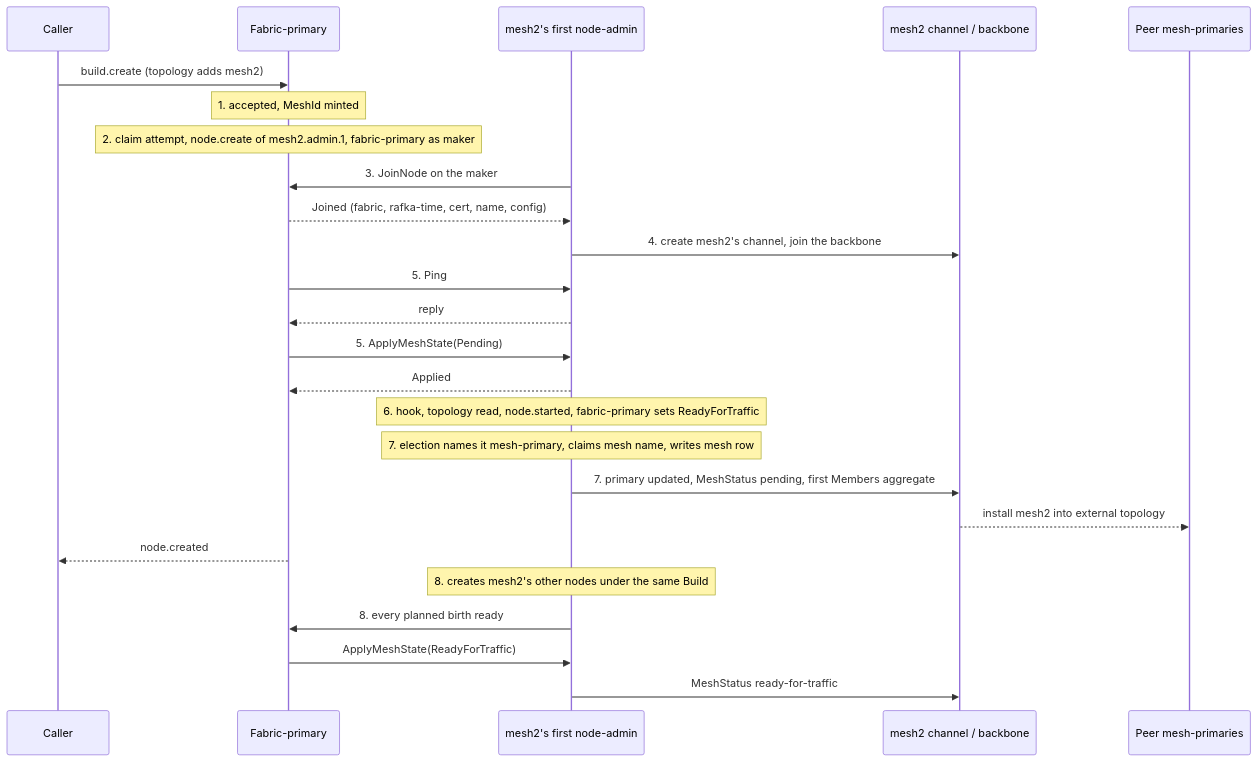
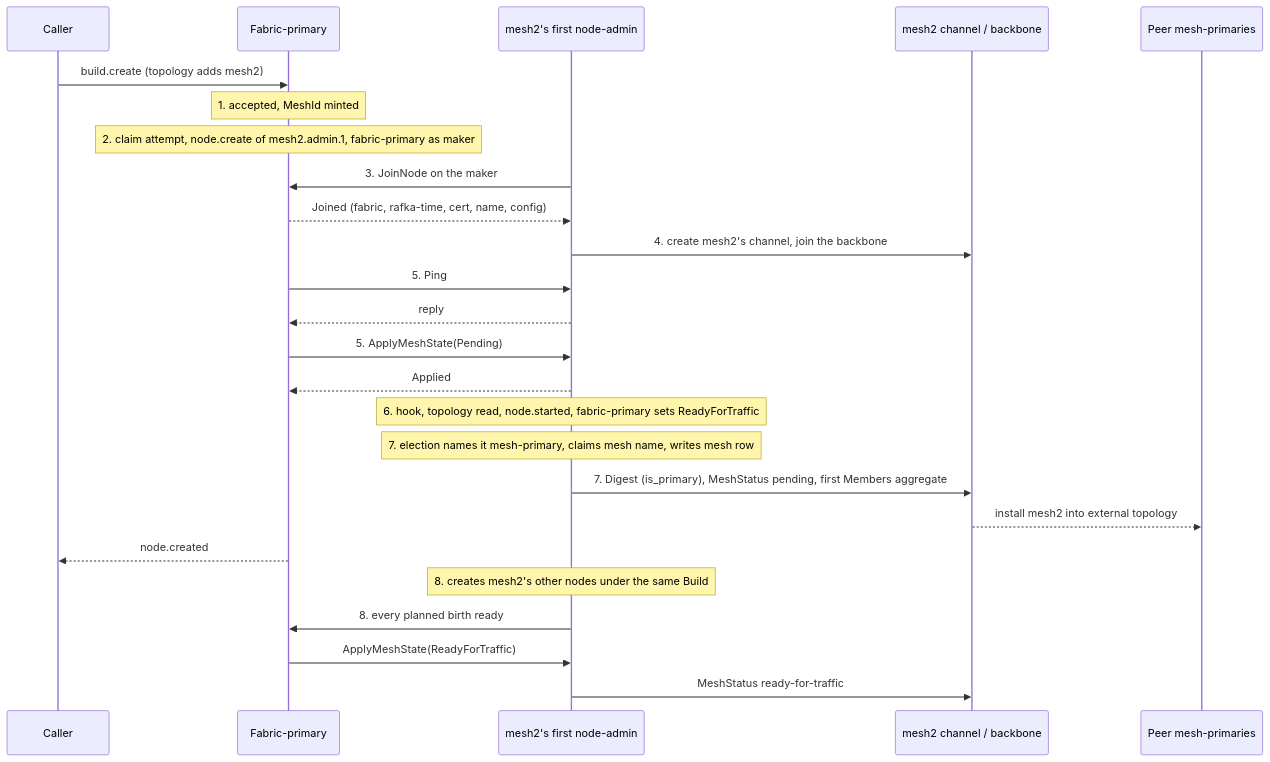
One commit to drlukeangel/rust-distributed-mesh changed the diagram in docs/architecture/lifecycles/mesh-create.md. Above: the diagram before and after it, drawn with Mermaid. The commit also changed other lines of this file and 3 other files, not shown here.

Commit message:
docs(node-primary-update, gossip, fabric-recovery, mesh-create): no primary-change frame: the successor's Digest and the mesh-primary's Members projection are the announcement and the publication; a recording error fails nothing completed

````diff
--- a/docs/architecture/lifecycles/mesh-create.md
+++ b/docs/architecture/lifecycles/mesh-create.md
@@ -142,27 +136,27 @@
 ```mermaid
 sequenceDiagram
     participant C as Caller
     participant F as Fabric-primary
     participant A as mesh2's first node-admin
     participant G as mesh2 channel / backbone
     participant R as Peer mesh-primaries
     C->>F: build.create (topology adds mesh2)
     Note over F: 1. accepted, MeshId minted
     Note over F: 2. claim attempt, node.create of mesh2.admin.1, fabric-primary as maker
     A->>F: 3. JoinNode on the maker
     F-->>A: Joined (fabric, rafka-time, cert, name, config)
     A->>G: 4. create mesh2's channel, join the backbone
     F->>A: 5. Ping
     A-->>F: reply
     F->>A: 5. ApplyMeshState(Pending)
     A-->>F: Applied
     Note over A: 6. hook, topology read, node.started, fabric-primary sets ReadyForTraffic
     Note over A: 7. election names it mesh-primary, claims mesh name, writes mesh row
-    A->>G: 7. primary updated, MeshStatus pending, first Members aggregate
+    A->>G: 7. Digest (is_primary), MeshStatus pending, first Members aggregate
     G-->>R: install mesh2 into external topology
     F-->>C: node.created
     Note over A: 8. creates mesh2's other nodes under the same Build
     A->>F: 8. every planned birth ready
     F->>A: ApplyMeshState(ReadyForTraffic)
     A->>G: MeshStatus ready-for-traffic
 ```
````
